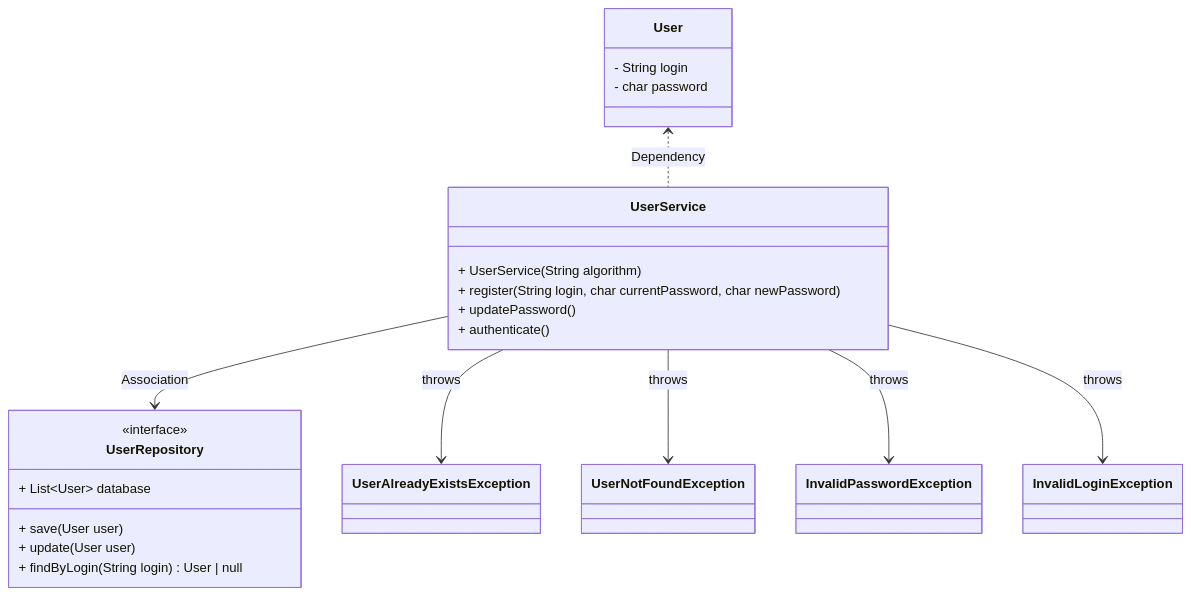
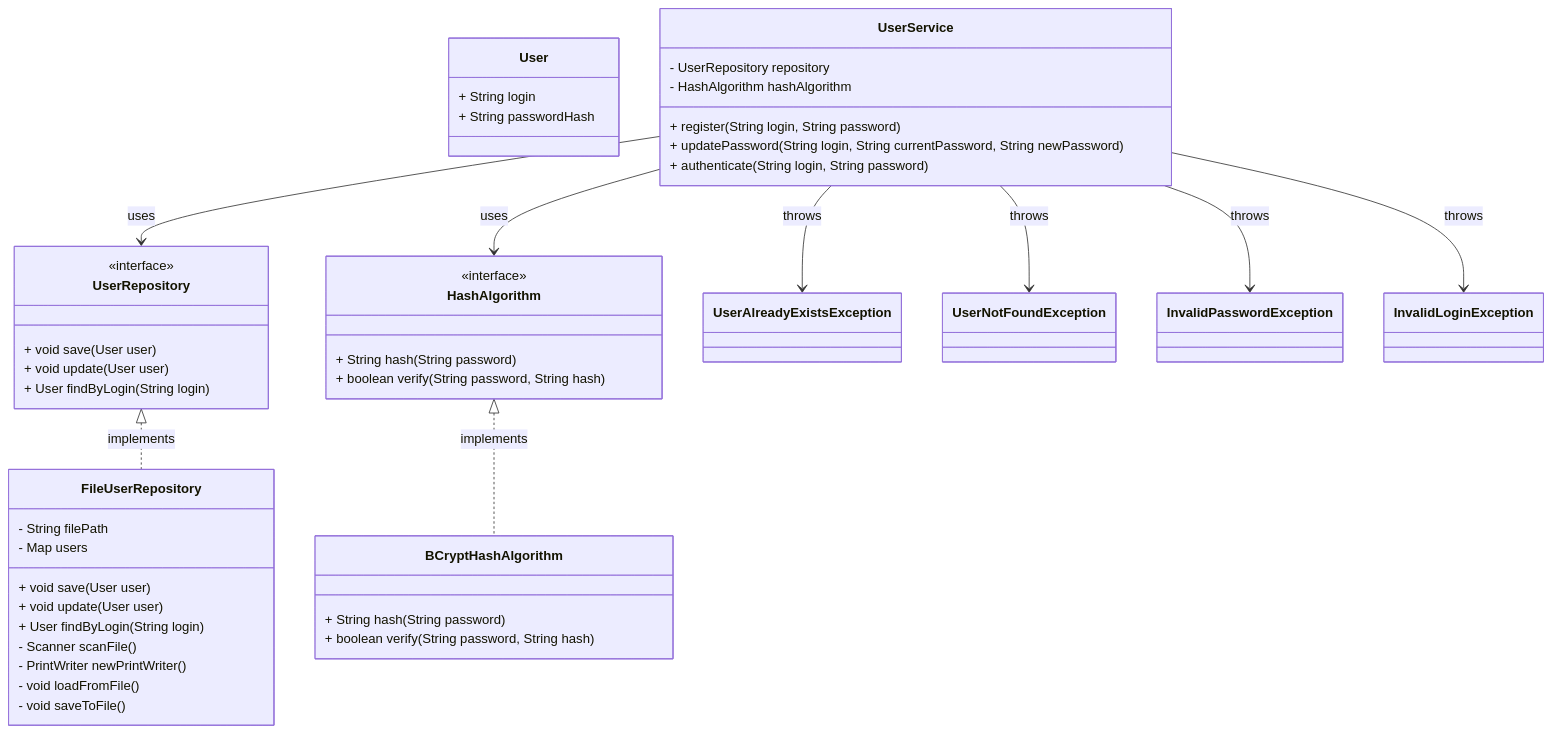
The diagram in README.md (sioterino/auth-seg-lab), drawn with Mermaid before and after one commit. The commit also changed 19 other files, not shown here.

````diff
--- a/README.md
+++ b/README.md
@@ -3,37 +3,64 @@
 ``` mermaid
 classDiagram
 
     class User {
-        - String login
-        - char password
+        + String login
+        + String passwordHash
     }
-    
+
+    class HashAlgorithm {
+        <<interface>>
+        + String hash(String password)
+        + boolean verify(String password, String hash)
+    }
+
+    class BCryptHashAlgorithm {
+        + String hash(String password)
+        + boolean verify(String password, String hash)
+    }
+
     class UserService {
-        + UserService( String algorithm)
-        + register(String login, char currentPassword, char newPassword)
-        + updatePassword()
-        + authenticate()
+        - UserRepository repository
+        - HashAlgorithm hashAlgorithm
+        + register(String login, String password)
+        + updatePassword(String login, String currentPassword, String newPassword)
+        + authenticate(String login, String password)
     }
-    
+
     class UserRepository {
         <<interface>>
-        + List~User~ database
-        + save(User user)
-        + update(User user)
-        + findByLogin(String login) User | null
+        + void save(User user)
+        + void update(User user)
+        + User findByLogin(String login)
     }
-    
+
+    class FileUserRepository {
+        - String filePath
+        - Map<String, User> users
+        + void save(User user)
+        + void update(User user)
+        + User findByLogin(String login)
+        - Scanner scanFile()
+        - PrintWriter newPrintWriter()
+        - void loadFromFile()
+        - void saveToFile()
+    }
+
     class UserAlreadyExistsException
     class UserNotFoundException
     class InvalidPasswordException
     class InvalidLoginException
     
-    User <.. UserService : Dependency
-    UserService --> UserRepository : Association
+    UserService --> UserRepository : uses
+    UserService --> HashAlgorithm : uses
+    
+    HashAlgorithm <|.. BCryptHashAlgorithm : implements
+    UserRepository <|.. FileUserRepository : implements
     
     UserService --> UserAlreadyExistsException : throws
     UserService --> UserNotFoundException : throws
     UserService --> InvalidPasswordException : throws
     UserService --> InvalidLoginException : throws
 
+
 ```
````
